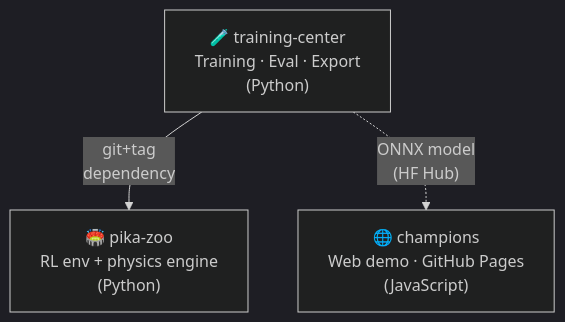
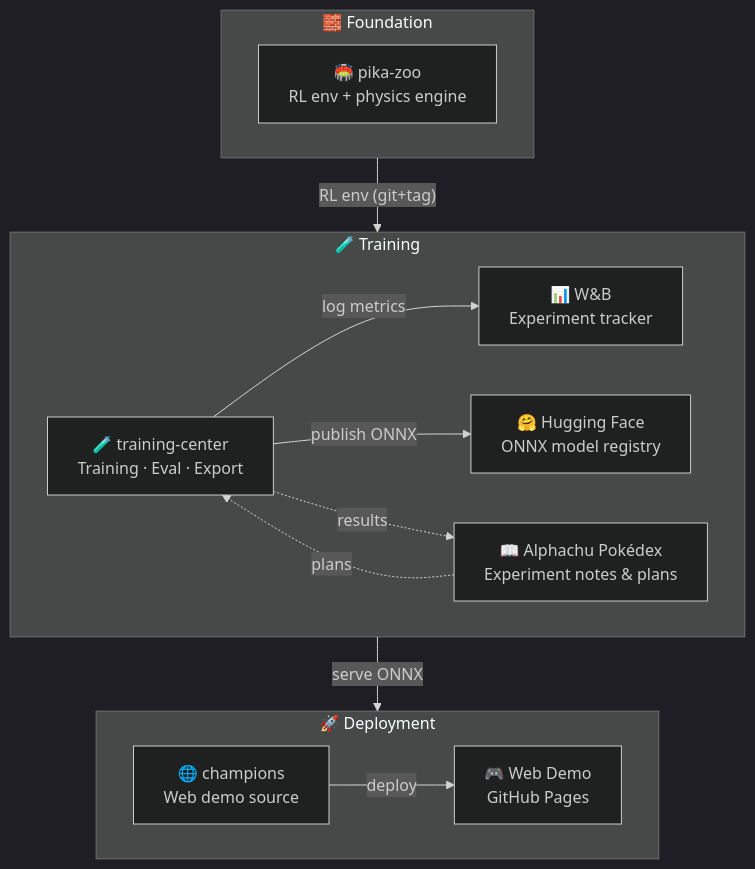
The diagram in profile/README.md (alphachu-volleyball/.github), drawn with Mermaid (dark theme) before and after one commit. The commit also changed other lines of this file, not shown here.

Commit message:
docs(profile): add architecture diagram and consolidated resources table (#3)
- Add Mermaid architecture diagram with Foundation/Training/Deployment subgraphs
- Include Pokédex, HF, W&B, and Web Demo in the diagram
- Consolidate repos, links, and references into a single Resources table
- Mention both play and watch (AI vs AI) modes in the description

````diff
--- a/profile/README.md
+++ b/profile/README.md
@@ -17,9 +9,29 @@
 ```mermaid
 graph TD
-    PZ["🏟️ pika-zoo\nRL env + physics engine\n(Python)"]
-    TC["🧪 training-center\nTraining · Eval · Export\n(Python)"]
-    CH["🌐 champions\nWeb demo · GitHub Pages\n(JavaScript)"]
+    subgraph Foundation["🧱 Foundation"]
+        direction LR
+        PZ["🏟️ pika-zoo<br/>RL env + physics engine"]
+    end
 
-    TC -- "git+tag\ndependency" --> PZ
-    TC -. "ONNX model\n(HF Hub)" .-> CH
+    subgraph Training["🧪 Training"]
+        direction LR
+        TC["🧪 training-center<br/>Training · Eval · Export"]
+        WB["📊 W&B<br/>Experiment tracker"]
+        HF["🤗 Hugging Face<br/>ONNX model registry"]
+        PKDX["📖 Alphachu Pokédex<br/>Experiment notes & plans"]
+    end
+
+    subgraph Deployment["🚀 Deployment"]
+        direction LR
+        CH["🌐 champions<br/>Web demo source"]
+        DEMO["🎮 Web Demo<br/>GitHub Pages"]
+    end
+
+    PZ -- "RL env (git+tag)" --> TC
+    TC -- "log metrics" --> WB
+    TC -- "publish ONNX" --> HF
+    TC -. "results" .-> PKDX
+    PKDX -. "plans" .-> TC
+    HF -- "serve ONNX" --> CH
+    CH -- "deploy" --> DEMO
 ```
````
